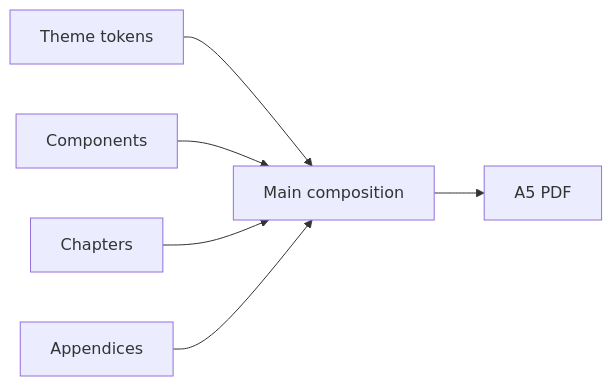
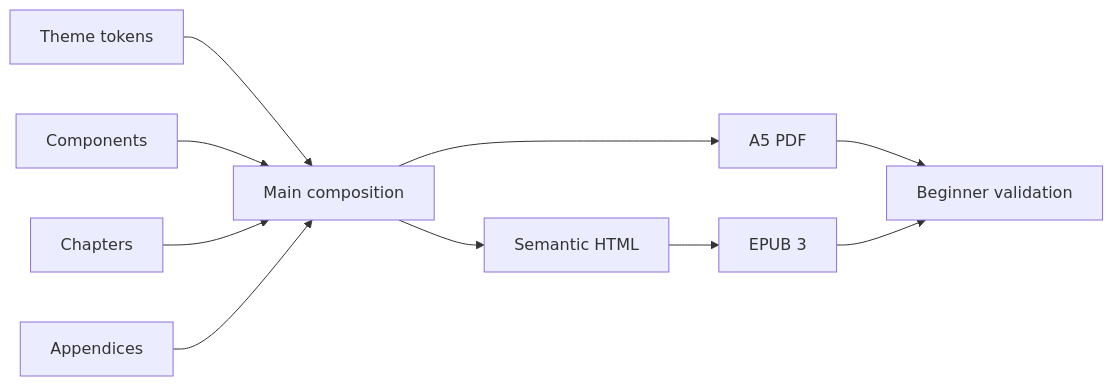
One commit to streamentry/streamentry changed the first of 3 diagrams in book/AGENTS.md. Above: the diagram before and after it, drawn with Mermaid. The commit also changed other lines of this file and 35 other files, not shown here.

First line of the commit message:
Publish beginner-hardened handbook and EPUB edition (#1)

````diff
--- a/book/AGENTS.md
+++ b/book/AGENTS.md
@@ -22,8 +22,12 @@
 ```mermaid
 flowchart LR
   T["Theme tokens"] --> M["Main composition"]
   C["Components"] --> M
   H["Chapters"] --> M
   A["Appendices"] --> M
   M --> P["A5 PDF"]
+  M --> R["Semantic HTML"]
+  R --> E["EPUB 3"]
+  P --> V["Beginner validation"]
+  E --> V
 ```
````
